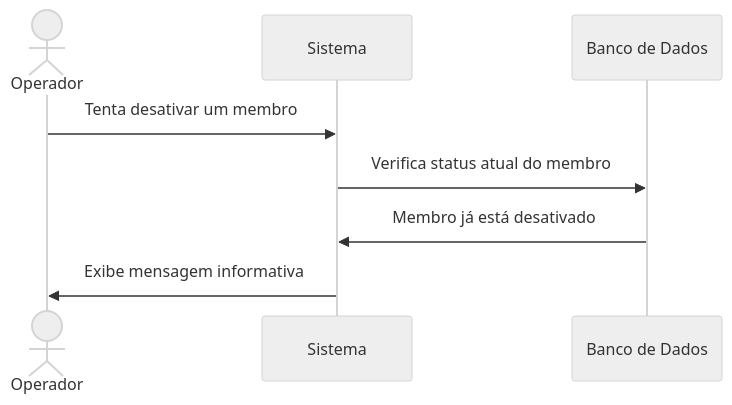
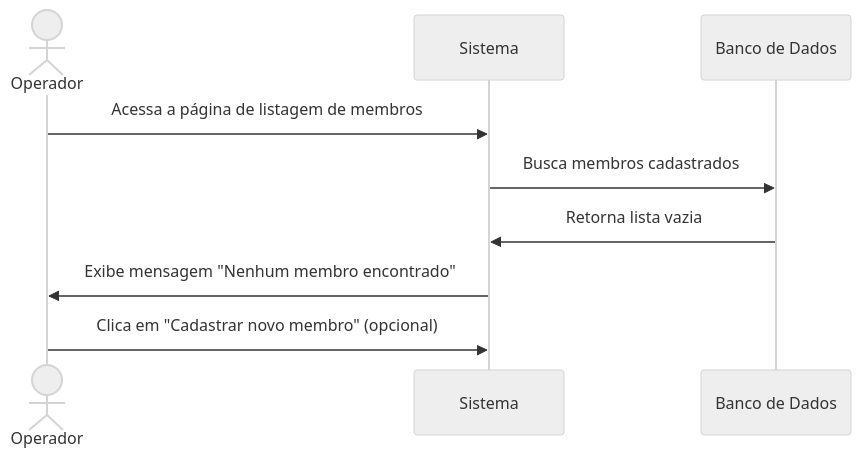
The second of 2 diagrams in Writerside/topics/RF08.md (Bomsalvez/quilombo-docs), drawn with Mermaid (neutral theme) before and after one commit. The commit also changed other lines of this file and 34 other files, not shown here.

````diff
--- a/Writerside/topics/RF08.md
+++ b/Writerside/topics/RF08.md
@@ -67,11 +65,12 @@
 ```mermaid
 sequenceDiagram
     actor O as Operador
     participant S as Sistema
     participant BD as Banco de Dados
     
-    O->>S: Tenta desativar um membro
-    S->>BD: Verifica status atual do membro
-    BD->>S: Membro já está desativado
-    S->>O: Exibe mensagem informativa
+    O->>S: Acessa a página de listagem de membros
+    S->>BD: Busca membros cadastrados
+    BD->>S: Retorna lista vazia
+    S->>O: Exibe mensagem "Nenhum membro encontrado"
+    O->>S: Clica em "Cadastrar novo membro" (opcional)
 ```
````
